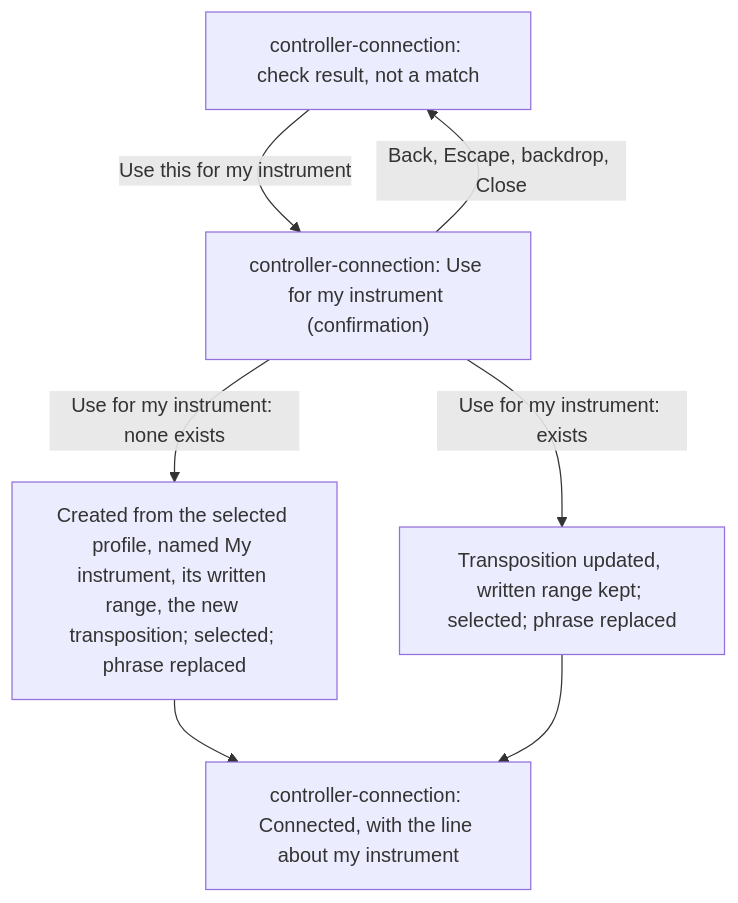
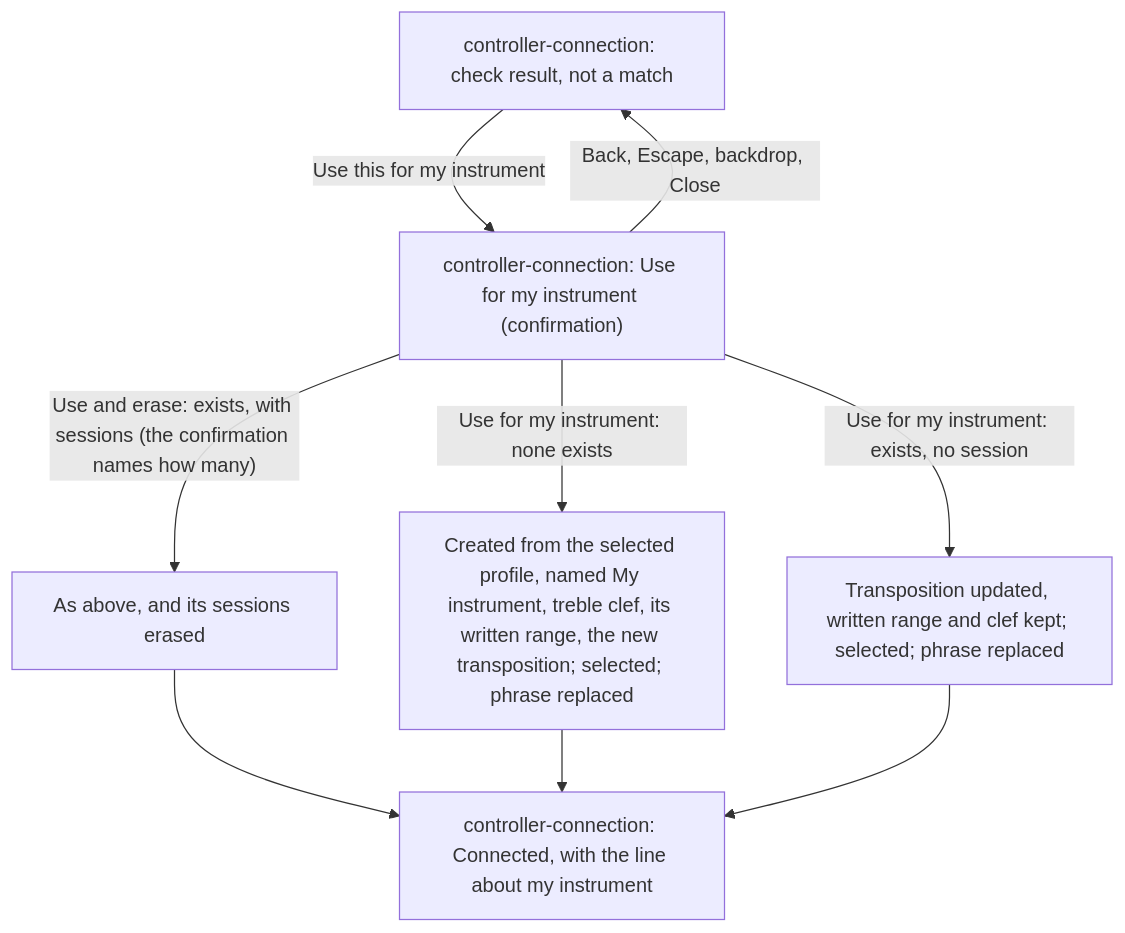
The third of 3 diagrams in ui_ux/flows/my-instrument/handoff.md (kluthen/infinite-flow), drawn with Mermaid before and after one commit. The commit also changed other lines of this file and 40 other files, not shown here.

First line of the commit message:
UX: v3.0 wave 2, Clef design and Sessions design gates (ux D280-D293, Q76 closed, Q80)

````diff
--- a/ui_ux/flows/my-instrument/handoff.md
+++ b/ui_ux/flows/my-instrument/handoff.md
@@ -45,10 +51,12 @@
 ```mermaid
 flowchart TD
   RES["controller-connection: check result, not a match"]
   RES -->|Use this for my instrument| UCONF["controller-connection: Use for my instrument (confirmation)"]
   UCONF -->|"Back, Escape, backdrop, Close"| RES
-  UCONF -->|"Use for my instrument: none exists"| MADE["Created from the selected profile, named My instrument, its written range, the new transposition; selected; phrase replaced"]
-  UCONF -->|"Use for my instrument: exists"| UPD["Transposition updated, written range kept; selected; phrase replaced"]
+  UCONF -->|"Use for my instrument: none exists"| MADE["Created from the selected profile, named My instrument, treble clef, its written range, the new transposition; selected; phrase replaced"]
+  UCONF -->|"Use for my instrument: exists, no session"| UPD["Transposition updated, written range and clef kept; selected; phrase replaced"]
+  UCONF -->|"Use and erase: exists, with sessions (the confirmation names how many)"| UPDE["As above, and its sessions erased"]
+  UPDE --> CONN
   MADE --> CONN["controller-connection: Connected, with the line about my instrument"]
   UPD --> CONN
 ```
````
